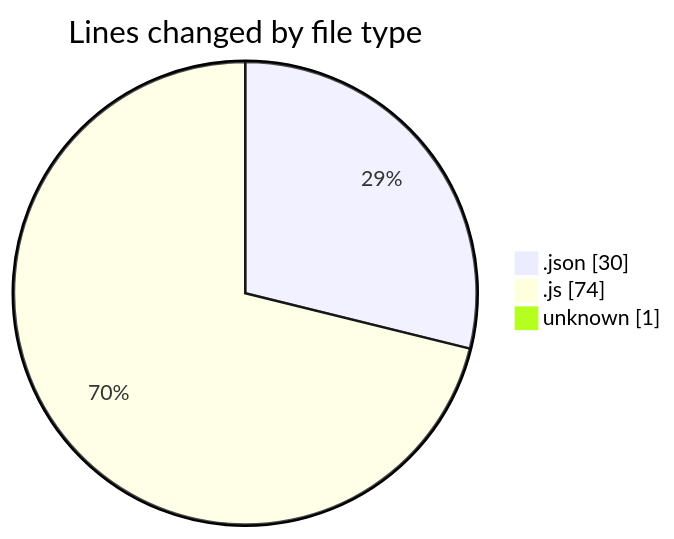
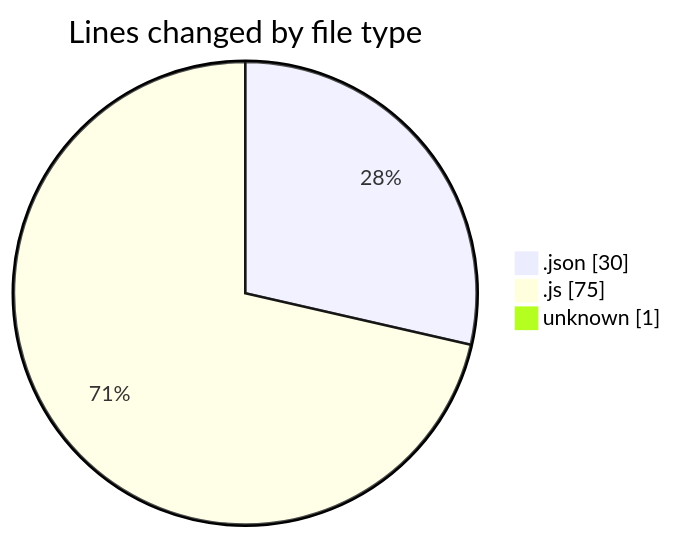
Before and after one commit to Ritupan-Deka/code-tracking: the first of 2 diagrams in 2025-07-16/mern-workoutboard/README.md, drawn with Mermaid. The commit also changed other lines of this file and 1 other file, not shown here.

````diff
--- a/2025-07-16/mern-workoutboard/README.md
+++ b/2025-07-16/mern-workoutboard/README.md
@@ -23,7 +23,7 @@
 ```mermaid
 pie showData
 title Lines changed by file type
 ".json" : 30
-".js" : 74
+".js" : 75
 "unknown" : 1
 ```
````
